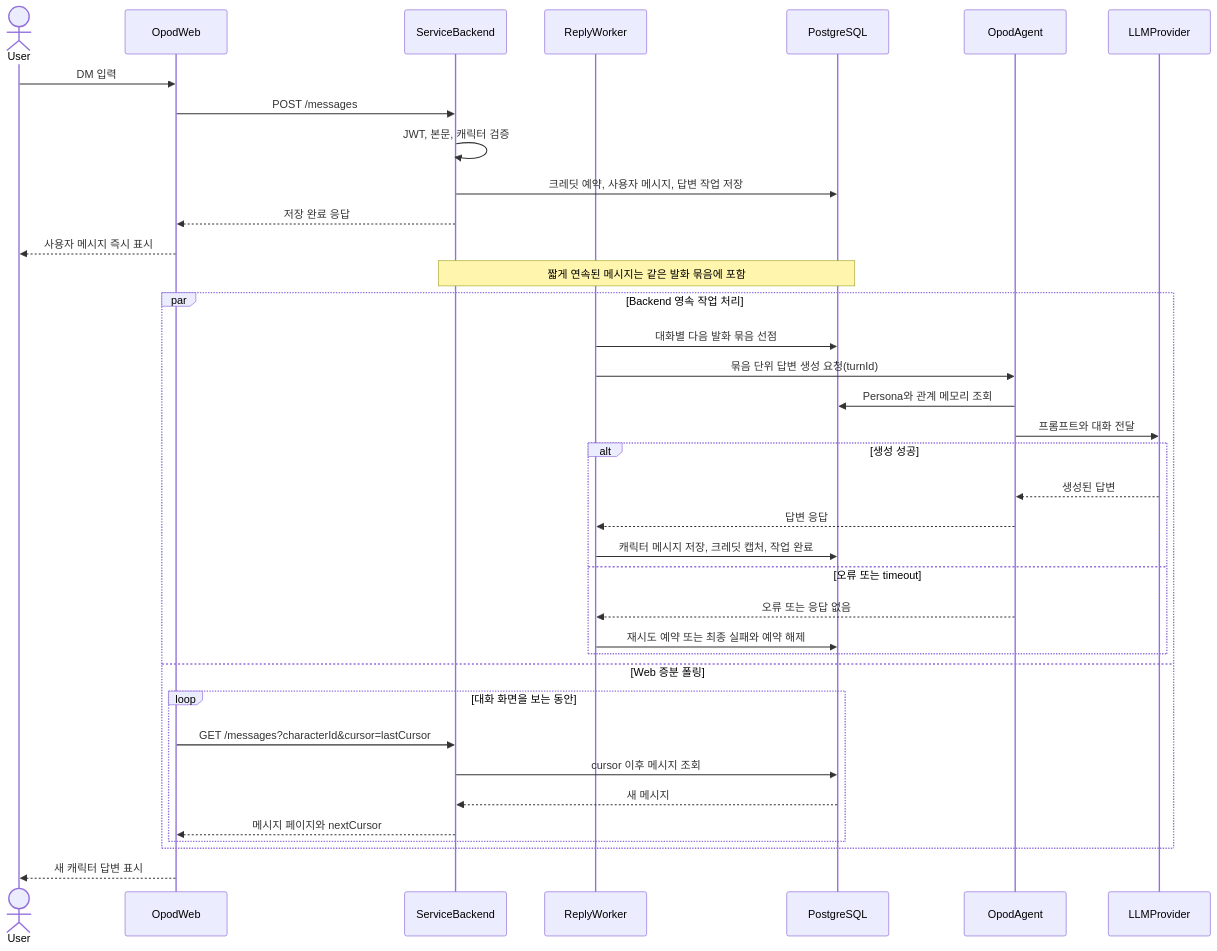
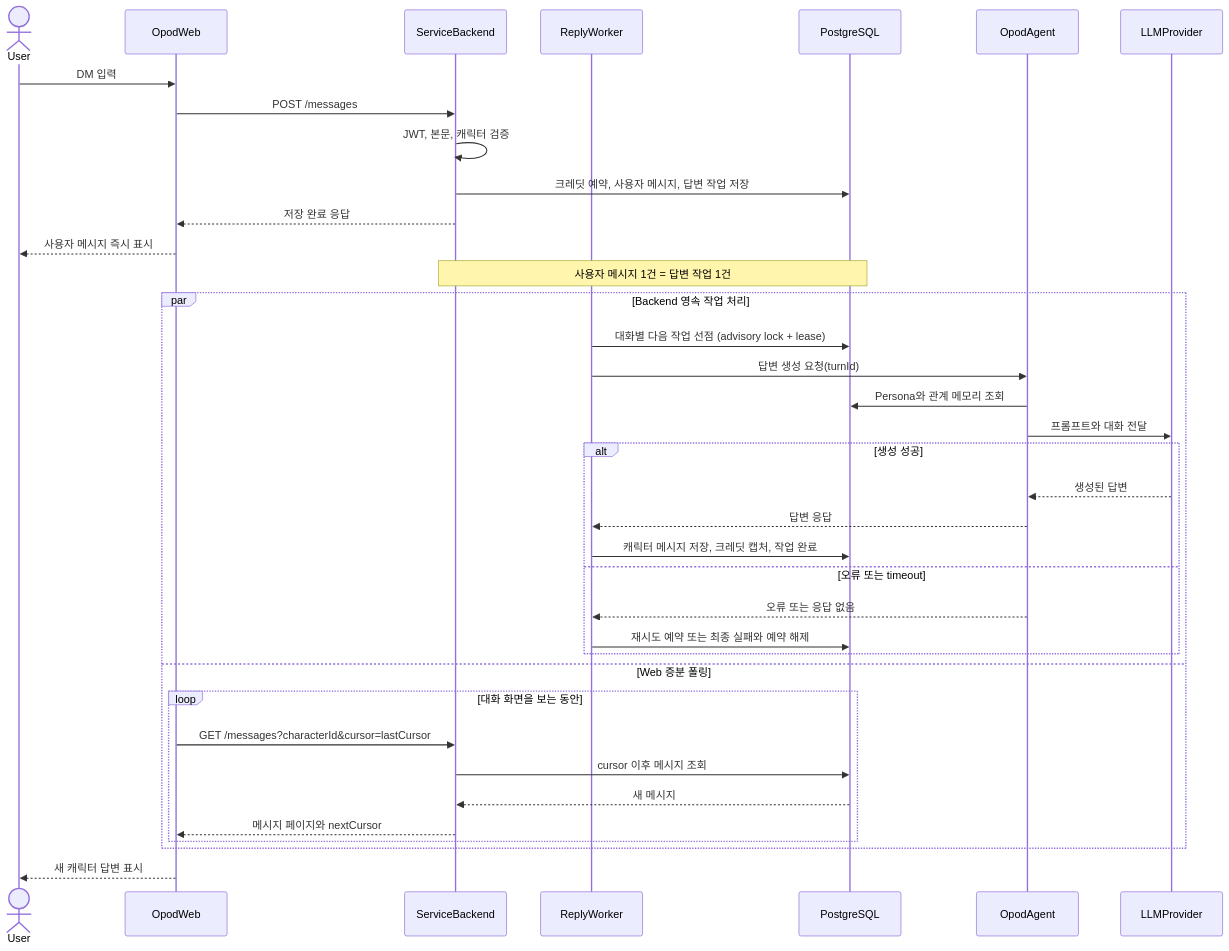
One commit to TaehoHong/opod-service-backend changed the second of 2 diagrams in docs/06-architecture.md. Above: the diagram before and after it, drawn with Mermaid. The commit also changed other lines of this file and 24 other files, not shown here.

````diff
--- a/docs/06-architecture.md
+++ b/docs/06-architecture.md
@@ -90,41 +90,41 @@
 ```mermaid
 sequenceDiagram
   actor User
   participant Web as OpodWeb
   participant Backend as ServiceBackend
   participant Worker as ReplyWorker
   participant DB as PostgreSQL
   participant Agent as OpodAgent
   participant LLM as LLMProvider
 
   User->>Web: DM 입력
   Web->>Backend: POST /messages
   Backend->>Backend: JWT, 본문, 캐릭터 검증
   Backend->>DB: 크레딧 예약, 사용자 메시지, 답변 작업 저장
   Backend-->>Web: 저장 완료 응답
   Web-->>User: 사용자 메시지 즉시 표시
-  Note over Backend,DB: 짧게 연속된 메시지는 같은 발화 묶음에 포함
+  Note over Backend,DB: 사용자 메시지 1건 = 답변 작업 1건
 
   par Backend 영속 작업 처리
-    Worker->>DB: 대화별 다음 발화 묶음 선점
-    Worker->>Agent: 묶음 단위 답변 생성 요청(turnId)
+    Worker->>DB: 대화별 다음 작업 선점 (advisory lock + lease)
+    Worker->>Agent: 답변 생성 요청(turnId)
     Agent->>DB: Persona와 관계 메모리 조회
     Agent->>LLM: 프롬프트와 대화 전달
     alt 생성 성공
       LLM-->>Agent: 생성된 답변
       Agent-->>Worker: 답변 응답
       Worker->>DB: 캐릭터 메시지 저장, 크레딧 캡처, 작업 완료
     else 오류 또는 timeout
       Agent-->>Worker: 오류 또는 응답 없음
       Worker->>DB: 재시도 예약 또는 최종 실패와 예약 해제
     end
   and Web 증분 폴링
     loop 대화 화면을 보는 동안
       Web->>Backend: GET /messages?characterId&cursor=lastCursor
       Backend->>DB: cursor 이후 메시지 조회
       DB-->>Backend: 새 메시지
       Backend-->>Web: 메시지 페이지와 nextCursor
     end
   end
   Web-->>User: 새 캐릭터 답변 표시
 ```
````
